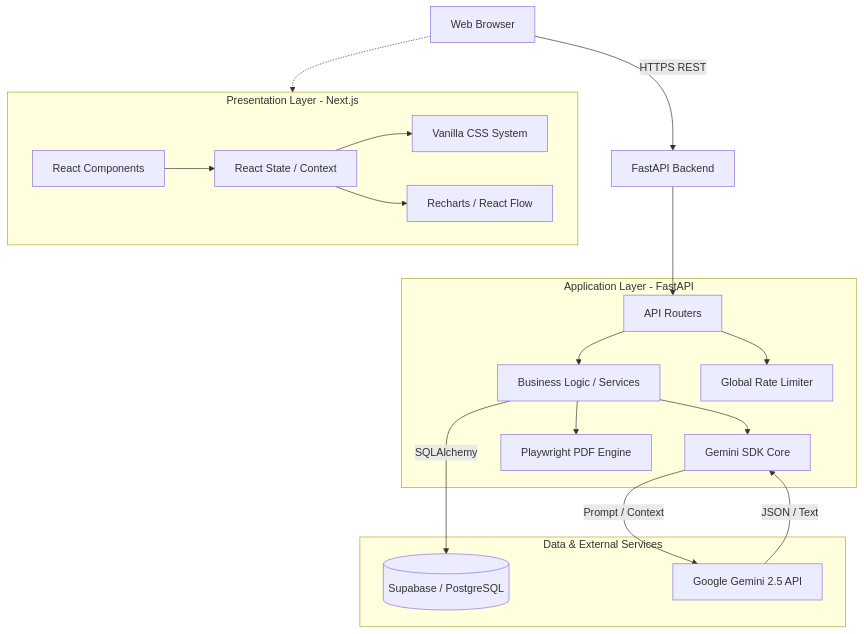
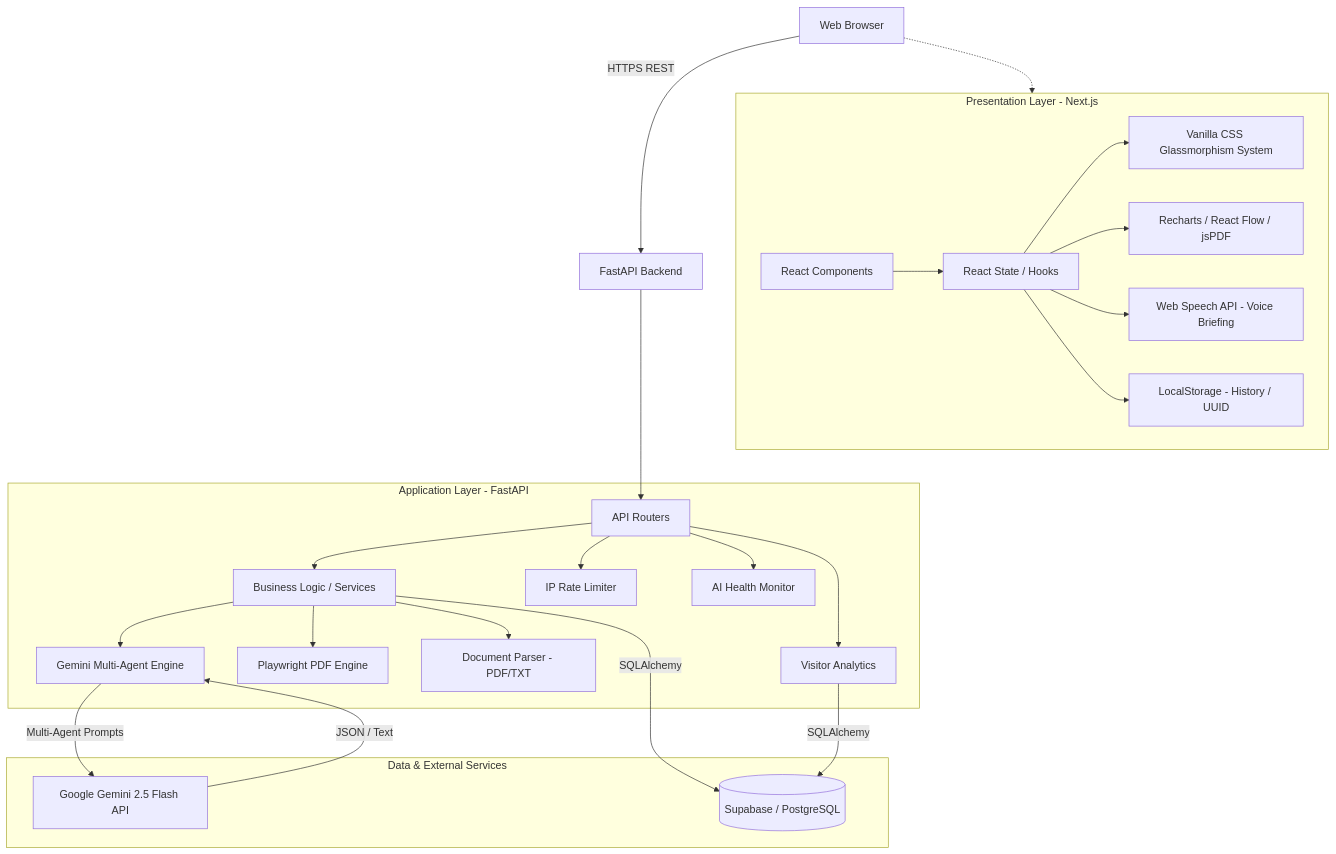
Before and after one commit to dharshan-devx/Ai-Decision-Engine: the first of 8 diagrams in Architecture.md, drawn with Mermaid. The commit also changed other lines of this file, not shown here.

````diff
--- a/Architecture.md
+++ b/Architecture.md
@@ -11,39 +11,50 @@
 ```mermaid
 graph TD
     Client[Web Browser] -->|HTTPS REST| API[FastAPI Backend]
     
     subgraph Frontend [Presentation Layer - Next.js]
         UI[React Components]
-        State[React State / Context]
-        Theme[Vanilla CSS System]
-        Vis[Recharts / React Flow]
+        State[React State / Hooks]
+        Theme[Vanilla CSS Glassmorphism System]
+        Vis[Recharts / React Flow / jsPDF]
+        TTS[Web Speech API - Voice Briefing]
+        LocalStore[LocalStorage - History / UUID]
         UI --> State
         State --> Theme
         State --> Vis
+        State --> TTS
+        State --> LocalStore
     end
     
     Client -.-> Frontend
     
     subgraph Backend [Application Layer - FastAPI]
         Router[API Routers]
         Service[Business Logic / Services]
-        LLM[Gemini SDK Core]
+        LLM[Gemini Multi-Agent Engine]
         PDF[Playwright PDF Engine]
-        RateLimit[Global Rate Limiter]
+        RateLimit[IP Rate Limiter]
+        AIStatus[AI Health Monitor]
+        DocParser[Document Parser - PDF/TXT]
+        StatsService[Visitor Analytics]
         
         Router --> Service
         Service --> LLM
         Service --> PDF
+        Service --> DocParser
         Router --> RateLimit
+        Router --> AIStatus
+        Router --> StatsService
     end
     
     subgraph Infrastructure [Data & External Services]
         DB[(Supabase / PostgreSQL)]
-        Gemini[Google Gemini 2.5 API]
+        Gemini[Google Gemini 2.5 Flash API]
     end
     
     API --> Router
-    LLM -->|Prompt / Context| Gemini
+    LLM -->|Multi-Agent Prompts| Gemini
     Gemini -->|JSON / Text| LLM
     Service -->|SQLAlchemy| DB
+    StatsService -->|SQLAlchemy| DB
 ```
````
